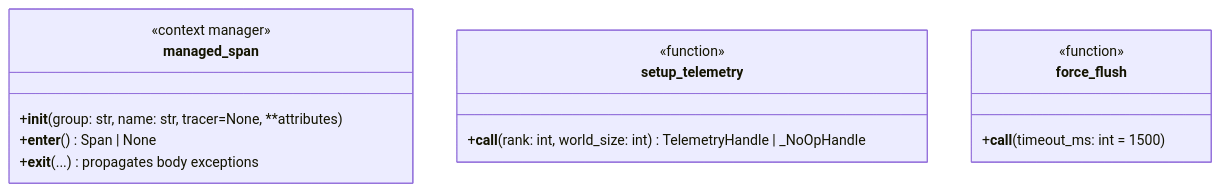
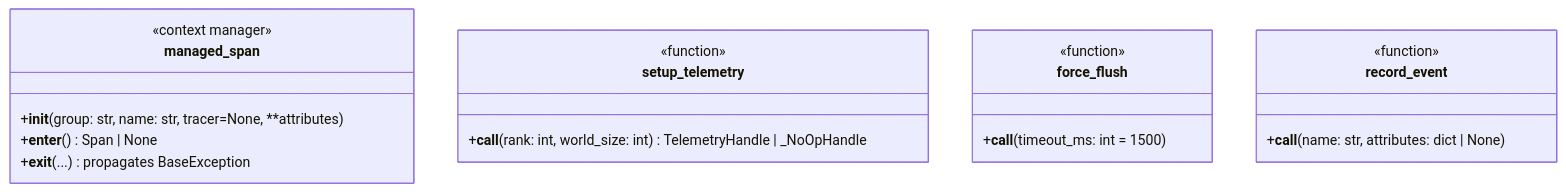
Before and after one commit to NVIDIA/nvidia-resiliency-ext: the second of 4 diagrams in docs/design/telemetry/NEMO_LENS.md, drawn with Mermaid. The commit also changed other lines of this file, not shown here.

````diff
--- a/docs/design/telemetry/NEMO_LENS.md
+++ b/docs/design/telemetry/NEMO_LENS.md
@@ -163,19 +155,24 @@
 ```mermaid
 classDiagram
     class managed_span {
         <<context manager>>
         +__init__(group: str, name: str, tracer=None, **attributes)
         +__enter__() Span | None
-        +__exit__(...) propagates body exceptions
+        +__exit__(...) propagates BaseException
     }
 
     class setup_telemetry {
         <<function>>
         +__call__(rank: int, world_size: int) TelemetryHandle | _NoOpHandle
     }
 
     class force_flush {
         <<function>>
         +__call__(timeout_ms: int = 1500)
     }
+
+    class record_event {
+        <<function>>
+        +__call__(name: str, attributes: dict | None)
+    }
 ```
````
